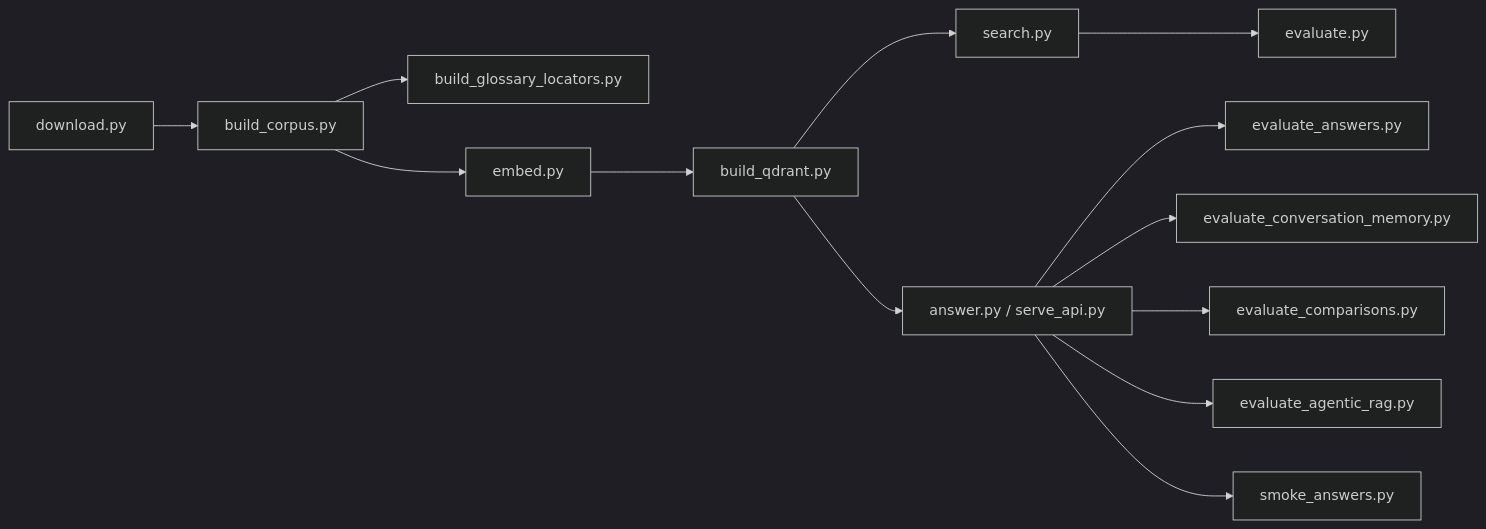
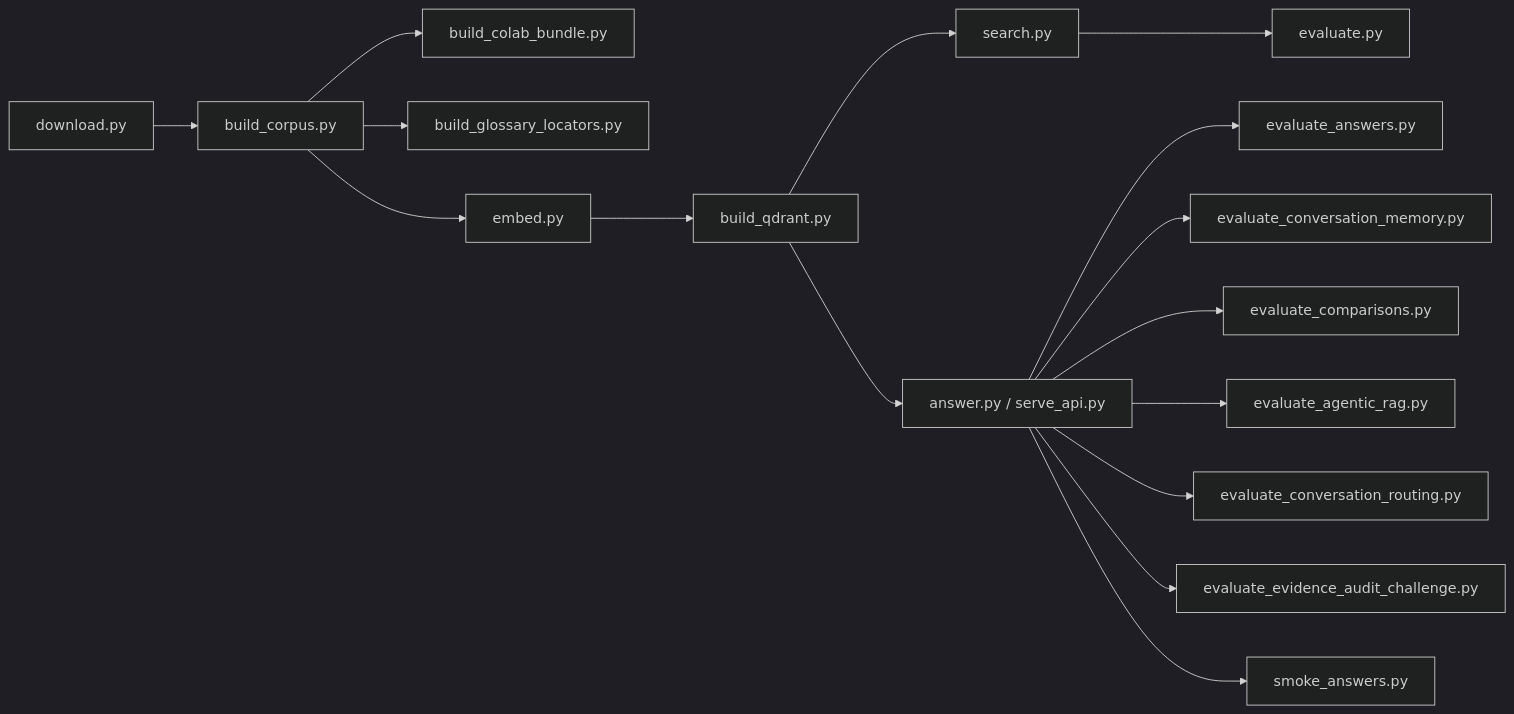
One commit to nikolabakic/Banking-Technology-and-Operational-Risk-Intelligence-Assistant changed the diagram in scripts/README.md. Above: the diagram before and after it, drawn with Mermaid (dark theme). The commit also changed other lines of this file and 18 other files, not shown here.

````diff
--- a/scripts/README.md
+++ b/scripts/README.md
@@ -8,15 +8,18 @@
 ```mermaid
 flowchart LR
     Download[download.py] --> Corpus[build_corpus.py]
+    Corpus --> Bundle[build_colab_bundle.py]
     Corpus --> Glossary[build_glossary_locators.py]
     Corpus --> Embed[embed.py]
     Embed --> Qdrant[build_qdrant.py]
     Qdrant --> Search[search.py]
     Qdrant --> Answer[answer.py / serve_api.py]
     Search --> RetrievalEval[evaluate.py]
     Answer --> AnswerEval[evaluate_answers.py]
     Answer --> MemoryEval[evaluate_conversation_memory.py]
     Answer --> ComparisonEval[evaluate_comparisons.py]
     Answer --> AgenticEval[evaluate_agentic_rag.py]
+    Answer --> RoutingEval[evaluate_conversation_routing.py]
+    Answer --> EvidenceAudit[evaluate_evidence_audit_challenge.py]
     Answer --> AppSmoke[smoke_answers.py]
 ```
````
